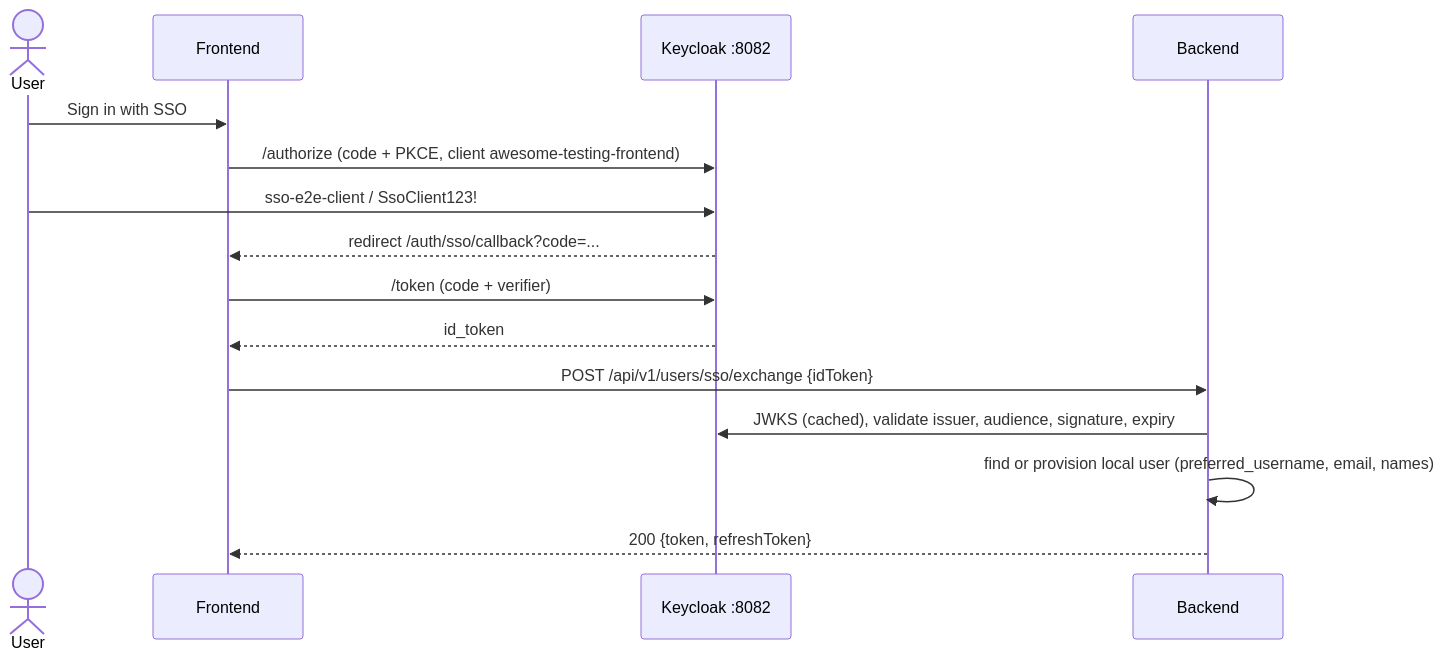
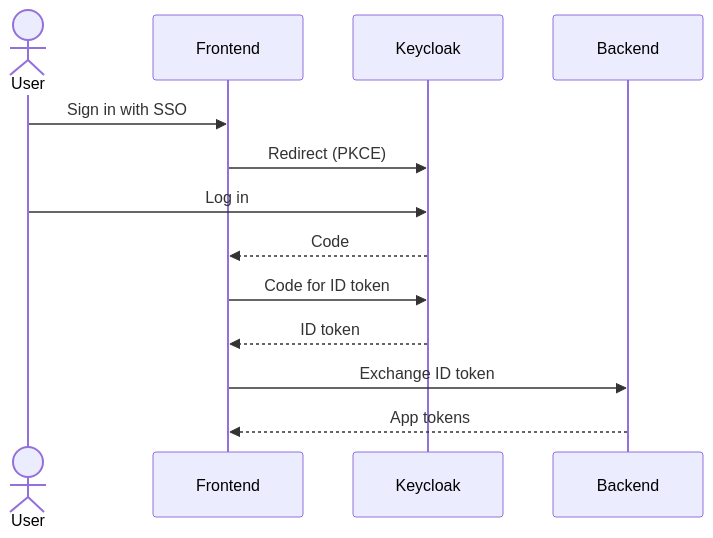
The fifth of 5 diagrams in docs-site/docs/flows/accounts.md (slawekradzyminski/awesome-localstack), drawn with Mermaid before and after one commit. The commit also changed other lines of this file and 27 other files, not shown here.

First line of the commit message:
Fix unrendered wiki diagrams and make every diagram readable

````diff
--- a/docs-site/docs/flows/accounts.md
+++ b/docs-site/docs/flows/accounts.md
@@ -126,17 +123,15 @@
 ```mermaid
 sequenceDiagram
     actor U as User
     participant F as Frontend
-    participant K as Keycloak :8082
+    participant K as Keycloak
     participant B as Backend
     U->>F: Sign in with SSO
-    F->>K: /authorize (code + PKCE, client awesome-testing-frontend)
-    U->>K: sso-e2e-client / SsoClient123!
-    K-->>F: redirect /auth/sso/callback?code=...
-    F->>K: /token (code + verifier)
-    K-->>F: id_token
-    F->>B: POST /api/v1/users/sso/exchange {idToken}
-    B->>K: JWKS (cached), validate issuer, audience, signature, expiry
-    B->>B: find or provision local user (preferred_username, email, names)
-    B-->>F: 200 {token, refreshToken}
+    F->>K: Redirect (PKCE)
+    U->>K: Log in
+    K-->>F: Code
+    F->>K: Code for ID token
+    K-->>F: ID token
+    F->>B: Exchange ID token
+    B-->>F: App tokens
 ```
````
